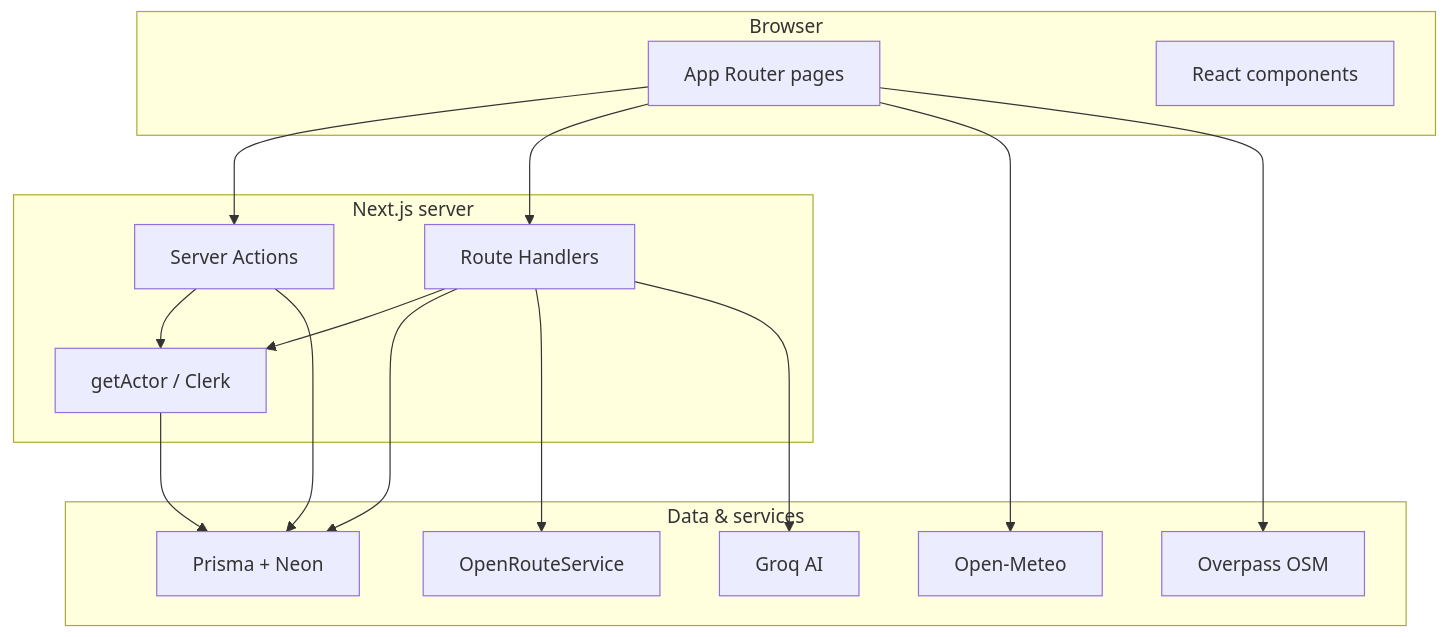
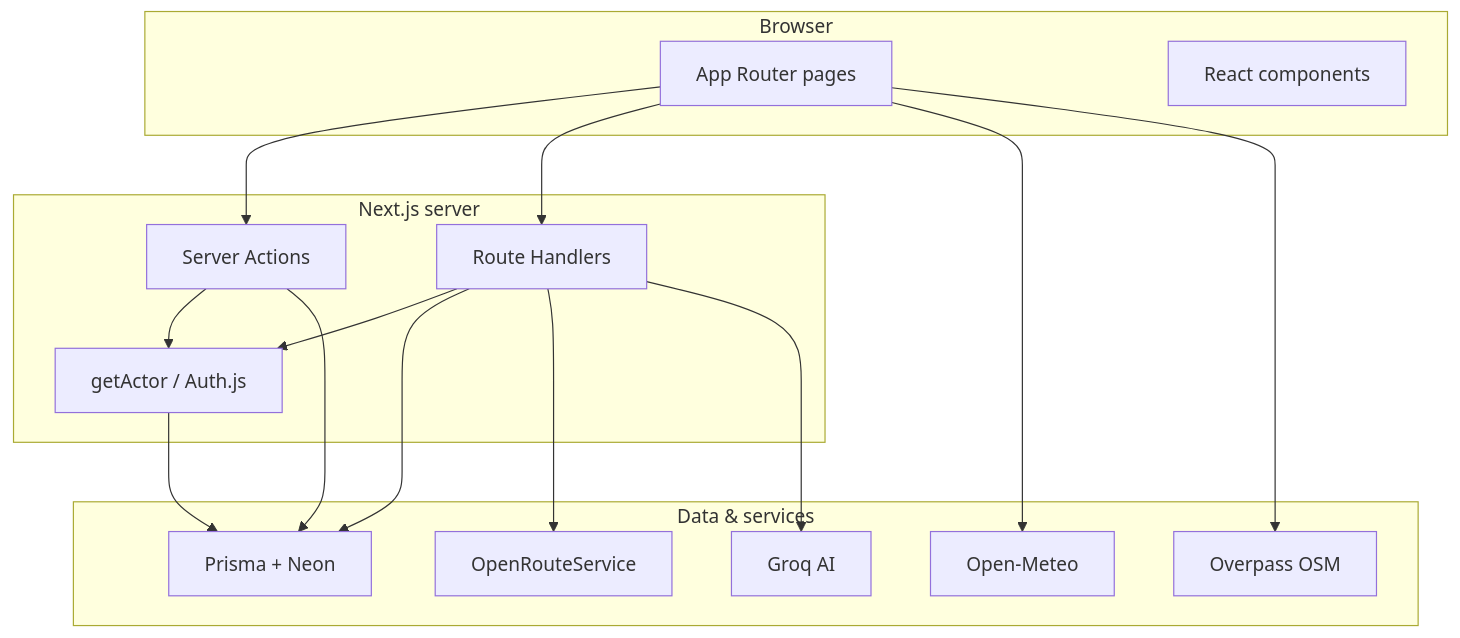
Before and after one commit to Bixal99/Ghoomora: the diagram in README.md, drawn with Mermaid. The commit also changed other lines of this file and 49 other files, not shown here.

````diff
--- a/README.md
+++ b/README.md
@@ -85,33 +85,33 @@
 ```mermaid
 flowchart TB
   subgraph client [Browser]
     pages[App Router pages]
     components[React components]
   end
 
   subgraph server [Next.js server]
     actions[Server Actions]
     api[Route Handlers]
-    auth[getActor / Clerk]
+    auth[getActor / Auth.js]
   end
 
   subgraph data [Data & services]
     prisma[Prisma + Neon]
     ors[OpenRouteService]
     meteo[Open-Meteo]
     groq[Groq AI]
     overpass[Overpass OSM]
   end
 
   pages --> actions
   pages --> api
   actions --> auth
   api --> auth
   auth --> prisma
   actions --> prisma
   api --> prisma
   api --> ors
   api --> groq
   pages --> meteo
   pages --> overpass
 ```
````
